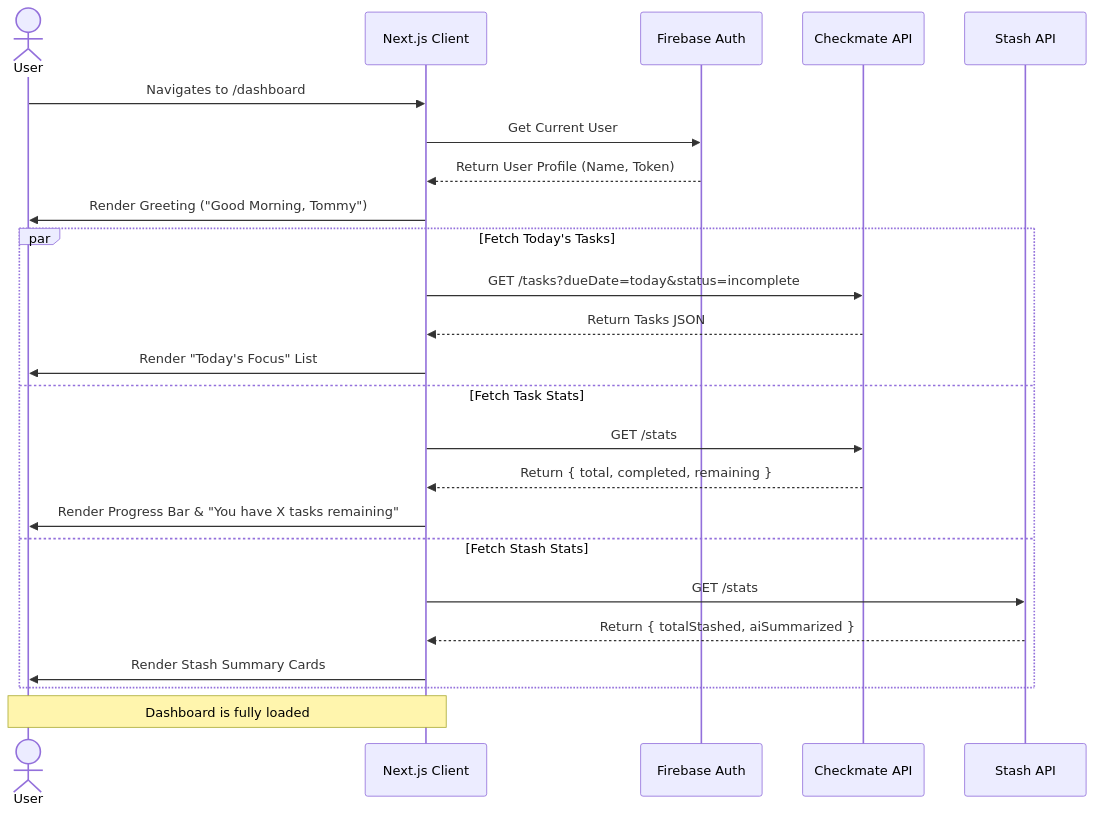
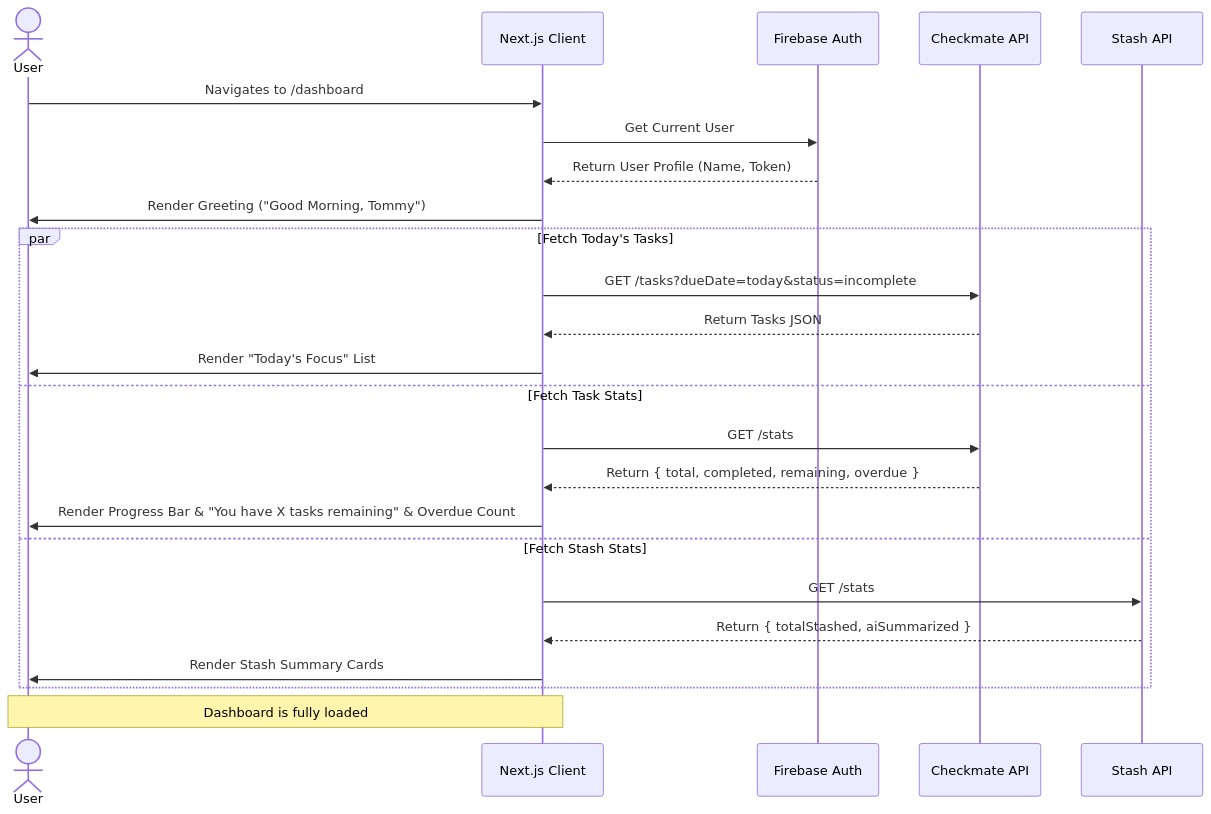
The first of 2 diagrams in dashboard-design.md (t2tse/gcr-agentic), drawn with Mermaid before and after one commit. The commit also changed other lines of this file and 1 other file, not shown here.

Commit message:
Add overdue counter requirement

````diff
--- a/dashboard-design.md
+++ b/dashboard-design.md
@@ -47,32 +47,32 @@
 ```mermaid
 sequenceDiagram
     actor User
     participant Frontend as Next.js Client
     participant Auth as Firebase Auth
     participant Checkmate as Checkmate API
     participant Stash as Stash API
     
     User->>Frontend: Navigates to /dashboard
     
     %% Authentication & Profile
     Frontend->>Auth: Get Current User
     Auth-->>Frontend: Return User Profile (Name, Token)
     Frontend->>User: Render Greeting ("Good Morning, Tommy")
     
     %% Parallel Data Fetching
     par Fetch Today's Tasks
         Frontend->>Checkmate: GET /tasks?dueDate=today&status=incomplete
         Checkmate-->>Frontend: Return Tasks JSON
         Frontend->>User: Render "Today's Focus" List
     and Fetch Task Stats
         Frontend->>Checkmate: GET /stats
-        Checkmate-->>Frontend: Return { total, completed, remaining }
-        Frontend->>User: Render Progress Bar & "You have X tasks remaining"
+        Checkmate-->>Frontend: Return { total, completed, remaining, overdue }
+        Frontend->>User: Render Progress Bar & "You have X tasks remaining" & Overdue Count
     and Fetch Stash Stats
         Frontend->>Stash: GET /stats
         Stash-->>Frontend: Return { totalStashed, aiSummarized }
         Frontend->>User: Render Stash Summary Cards
     end
     
     Note over User, Frontend: Dashboard is fully loaded
 ```
````
